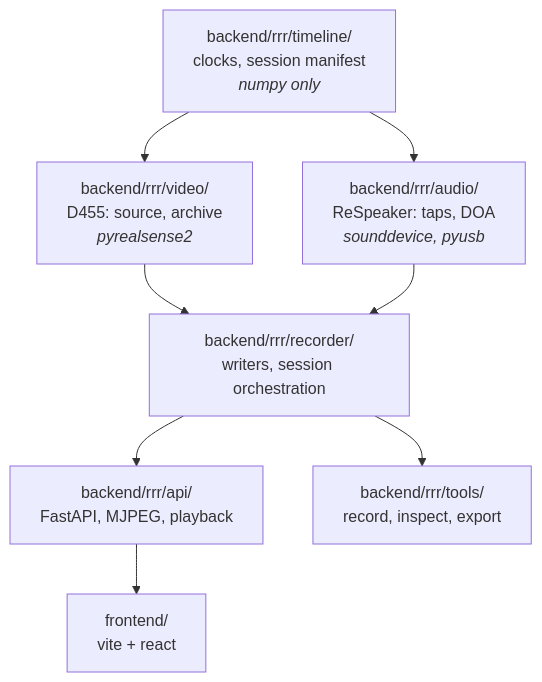
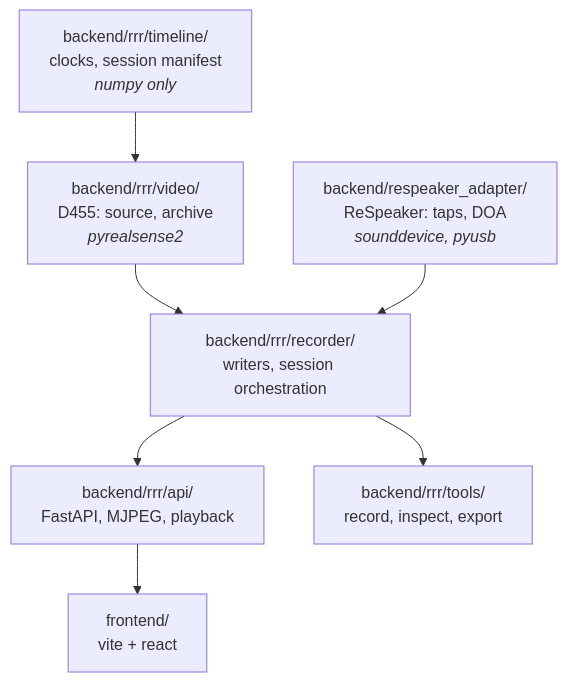
Before and after one commit to tkanek0/rererecorder: the first of 2 diagrams in docs/design.md, drawn with Mermaid. The commit also changed other lines of this file and 19 other files, not shown here.

Commit message:
Extract the ReSpeaker layer into respeaker_adapter, with settings passed in by rrr

````diff
--- a/docs/design.md
+++ b/docs/design.md
@@ -30,17 +33,16 @@
 ```mermaid
 flowchart TD
     T["backend/rrr/timeline/<br/>clocks, session manifest<br/><i>numpy only</i>"]
     V["backend/rrr/video/<br/>D455: source, archive<br/><i>pyrealsense2</i>"]
-    A["backend/rrr/audio/<br/>ReSpeaker: taps, DOA<br/><i>sounddevice, pyusb</i>"]
+    A["backend/respeaker_adapter/<br/>ReSpeaker: taps, DOA<br/><i>sounddevice, pyusb</i>"]
     R["backend/rrr/recorder/<br/>writers, session orchestration"]
     S["backend/rrr/api/<br/>FastAPI, MJPEG, playback"]
     C["backend/rrr/tools/<br/>record, inspect, export"]
     W["frontend/<br/>vite + react"]
     T --> V
-    T --> A
     V --> R
     A --> R
     R --> S
     R --> C
     S --> W
 ```
````
